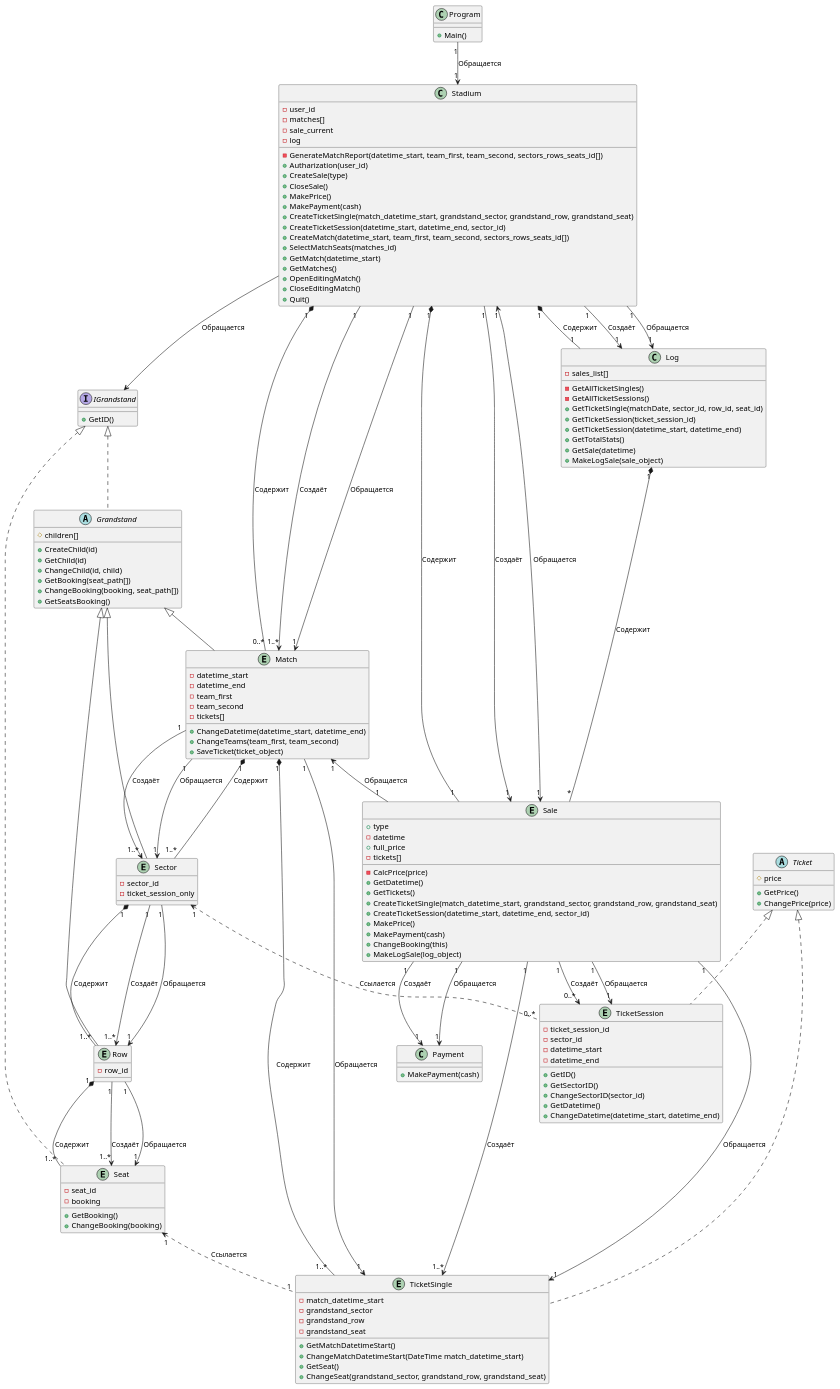
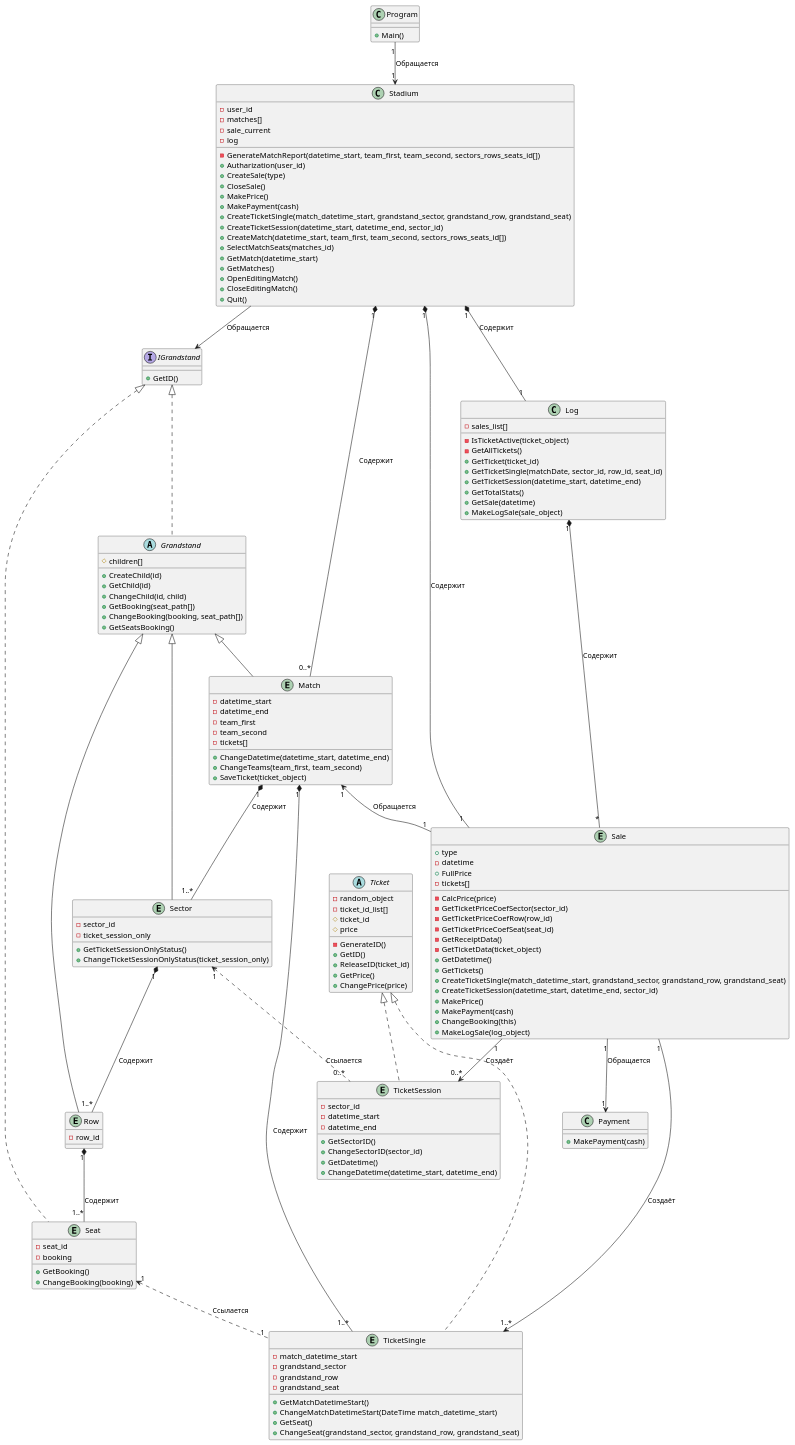
The diagram in Модель предметной области.md (penamarth/bsbo-03-23_team4_var10_football), drawn with PlantUML before and after one commit. The commit also changed 7 other files, not shown here.

````diff
--- a/Модель предметной области.md
+++ b/Модель предметной области.md
@@ -1,5 +1,6 @@
 ```plantuml
 @startuml
+
 class Program
 {
     + Main()
@@ -59,6 +60,8 @@
 {
     - sector_id
     - ticket_session_only
+    + GetTicketSessionOnlyStatus()
+    + ChangeTicketSessionOnlyStatus(ticket_session_only)
 }
 
 entity Row extends Grandstand
@@ -76,7 +79,13 @@
 
 abstract class Ticket
 {
+    - random_object
+    - ticket_id_list[]
+    # ticket_id
     # price
+    - GenerateID()
+    + GetID()
+    + ReleaseID(ticket_id)
     + GetPrice()
     + ChangePrice(price)
 }
@@ -95,11 +104,9 @@
 
 entity TicketSession implements Ticket
 {
-    - ticket_session_id
     - sector_id
     - datetime_start
     - datetime_end
-    + GetID()
     + GetSectorID()
     + ChangeSectorID(sector_id)
     + GetDatetime()
@@ -110,9 +117,14 @@
 {
     + type
     - datetime
-    + full_price
+    + FullPrice
     - tickets[]
     - CalcPrice(price)
+    - GetTicketPriceCoefSector(sector_id)
+    - GetTicketPriceCoefRow(row_id)
+    - GetTicketPriceCoefSeat(seat_id)
+    - GetReceiptData()
+    - GetTicketData(ticket_object)
     + GetDatetime()
     + GetTickets()
     + CreateTicketSingle(match_datetime_start, grandstand_sector, grandstand_row, grandstand_seat)
@@ -131,10 +143,10 @@
 class Log
 {
     - sales_list[]
-    - GetAllTicketSingles()
-    - GetAllTicketSessions()
+    - IsTicketActive(ticket_object)
+    - GetAllTickets()
+    + GetTicket(ticket_id)
     + GetTicketSingle(matchDate, sector_id, row_id, seat_id)
-    + GetTicketSession(ticket_session_id)
     + GetTicketSession(datetime_start, datetime_end)
     + GetTotalStats()
     + GetSale(datetime)
@@ -144,40 +156,24 @@
 
 Program "1" --> "1" Stadium : Обращается
 Stadium "1" *-- "0..*" Match : Содержит
-Stadium "1" --> "1..*" Match : Создаёт
-Stadium "1" --> "1" Match : Обращается
 Stadium "1" *-- "1" Sale : Содержит
-Stadium "1" --> "1" Sale : Создаёт
-Stadium "1" <--> "1" Sale : Обращается
 Stadium "1" *-- "1" Log : Содержит
-Stadium "1" --> "1" Log : Создаёт
-Stadium "1" --> "1" Log : Обращается
-
 
 Match "1" *-- "1..*" Sector : Содержит
-Match "1" --> "1..*" Sector : Создаёт
-Match "1" --> "1" Sector : Обращается
 Sector "1" *-- "1..*" Row : Содержит
-Sector "1" --> "1..*" Row : Создаёт
-Sector "1" --> "1" Row : Обращается
 Row "1" *-- "1..*" Seat : Содержит
-Row "1" --> "1..*" Seat : Создаёт
-Row "1" --> "1" Seat : Обращается
 
 Match "1" *-- "1..*" TicketSingle : Содержит
-Match "1" --> "1" TicketSingle : Обращается
 Seat "1" <.. "1" TicketSingle : Ссылается
 Sector "1" <.. "0..*" TicketSession : Ссылается
 
-Sale "1" --> "1" Payment : Создаёт
 Sale "1" --> "1" Payment : Обращается
 Sale "1" --> "1..*" TicketSingle : Создаёт
-Sale "1" --> "1" TicketSingle : Обращается
 Sale "1" --> "0..*" TicketSession : Создаёт
-Sale "1" --> "1" TicketSession : Обращается
 Match "1" <-- "1" Sale : Обращается
 Log "1" *-- "*" Sale : Содержит
 
 Stadium --> IGrandstand : Обращается
+
 @enduml
 ```
````
